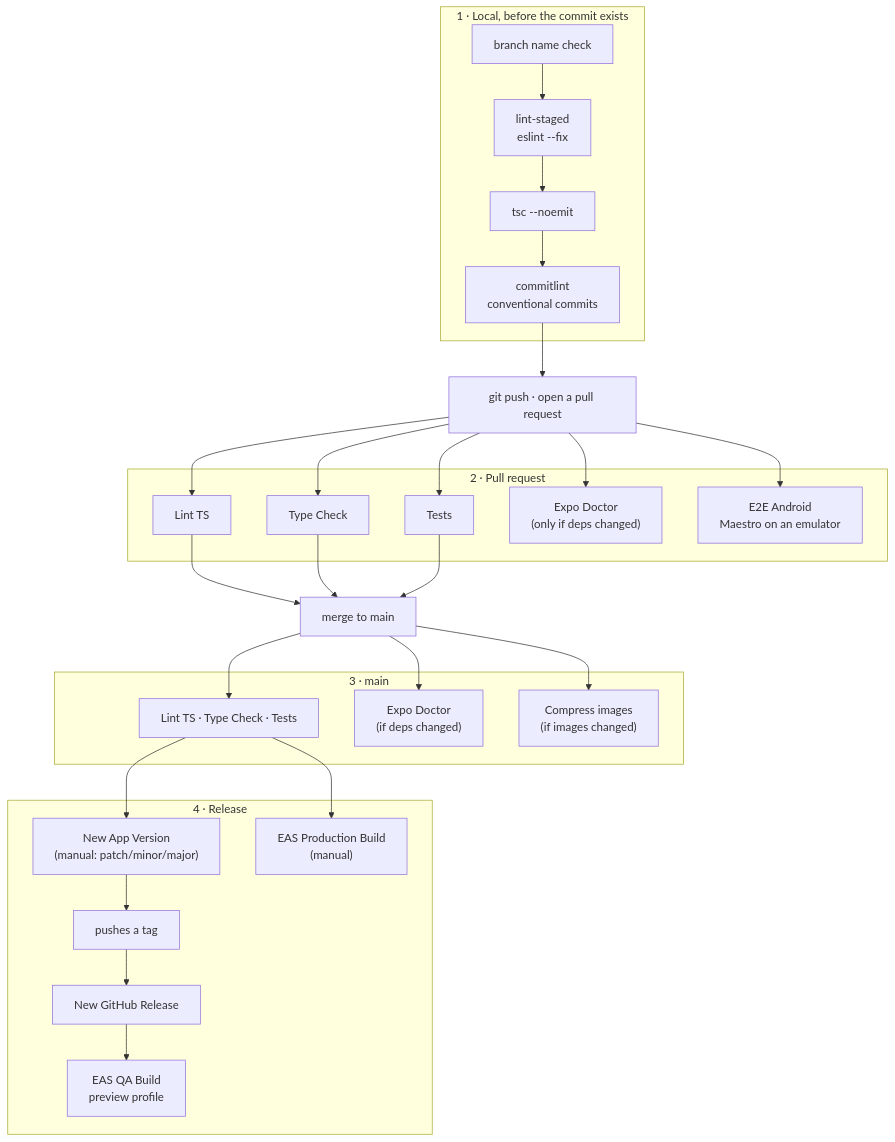
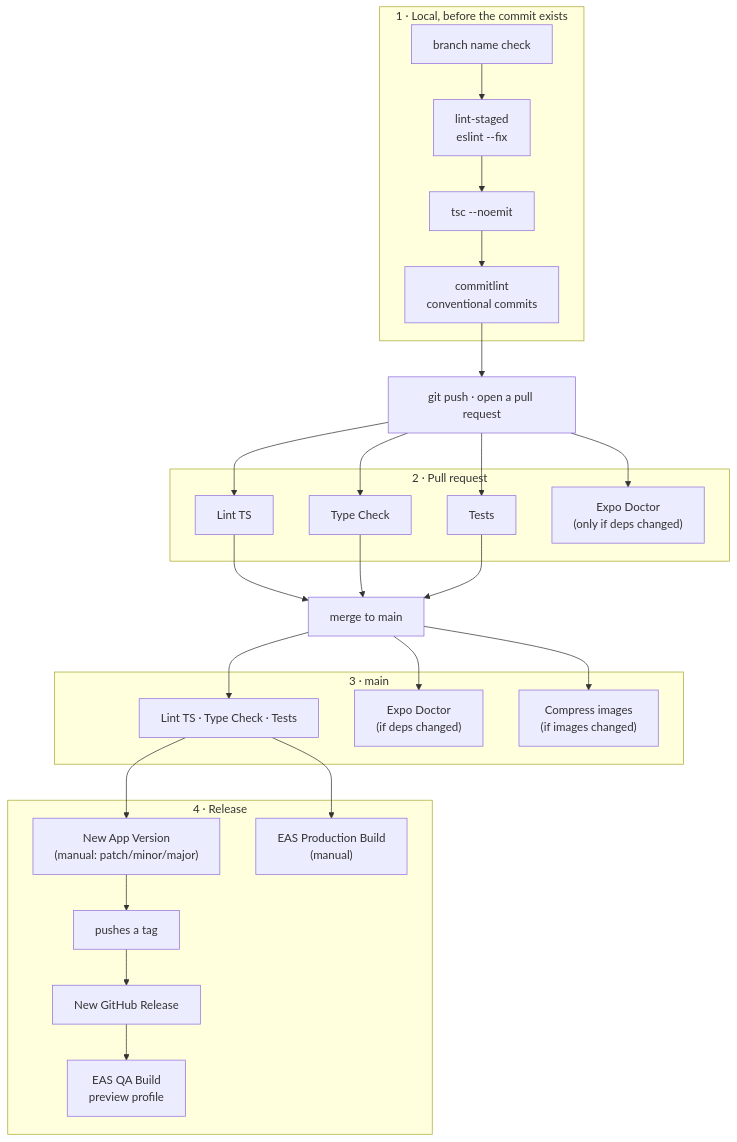
One commit to TiagoOlivv/s-expo changed the diagram in README.md. Above: the diagram before and after it, drawn with Mermaid. The commit also changed other lines of this file and 5 other files, not shown here.

````diff
--- a/README.md
+++ b/README.md
@@ -61,40 +61,39 @@
 ```mermaid
 flowchart TD
     subgraph L["1 · Local, before the commit exists"]
         L1["branch name check"] --> L2["lint-staged<br/>eslint --fix"] --> L3["tsc --noemit"] --> L4["commitlint<br/>conventional commits"]
     end
 
     L4 --> PR["git push · open a pull request"]
 
     subgraph P["2 · Pull request"]
         P1["Lint TS"]
         P2["Type Check"]
         P3["Tests"]
         P4["Expo Doctor<br/>(only if deps changed)"]
-        P5["E2E Android<br/>Maestro on an emulator"]
     end
 
-    PR --> P1 & P2 & P3 & P4 & P5
+    PR --> P1 & P2 & P3 & P4
 
     P1 & P2 & P3 --> M["merge to main"]
 
     subgraph MA["3 · main"]
         M1["Lint TS · Type Check · Tests"]
         M2["Expo Doctor<br/>(if deps changed)"]
         M3["Compress images<br/>(if images changed)"]
     end
 
     M --> M1 & M2 & M3
 
     subgraph R["4 · Release"]
         R1["New App Version<br/>(manual: patch/minor/major)"]
         R2["pushes a tag"]
         R3["New GitHub Release"]
         R4["EAS QA Build<br/>preview profile"]
         R5["EAS Production Build<br/>(manual)"]
         R1 --> R2 --> R3 --> R4
     end
 
     M1 --> R1
     M1 --> R5
 ```
````
